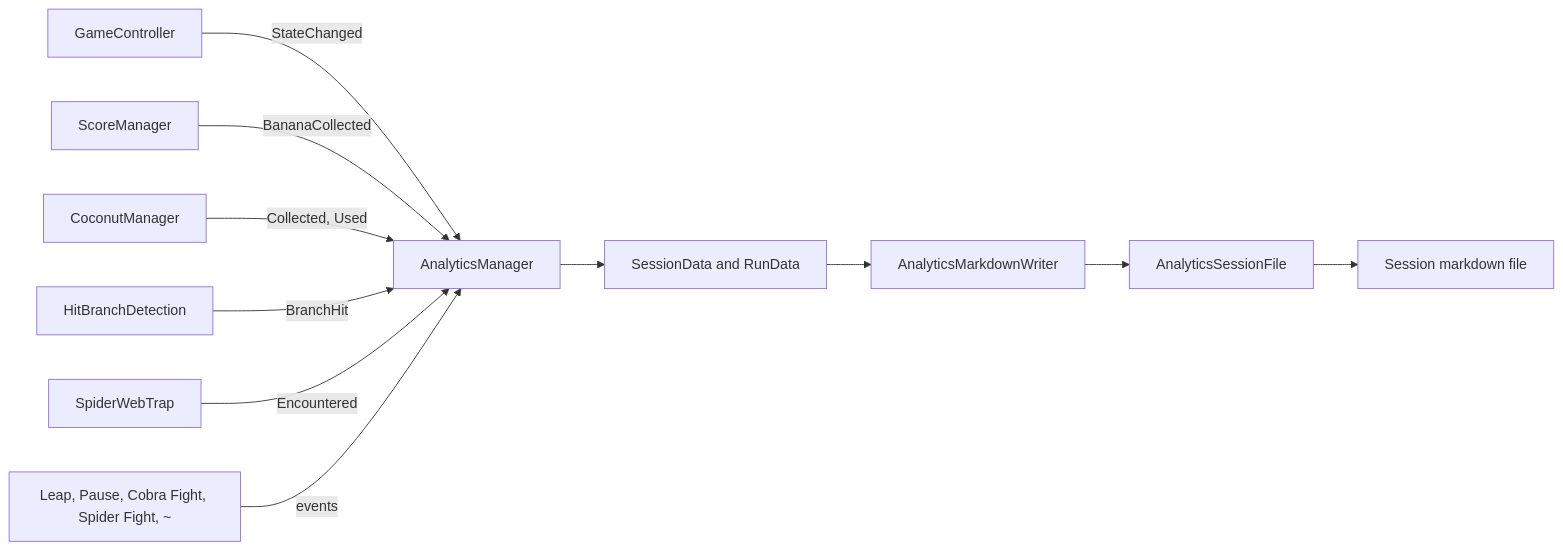
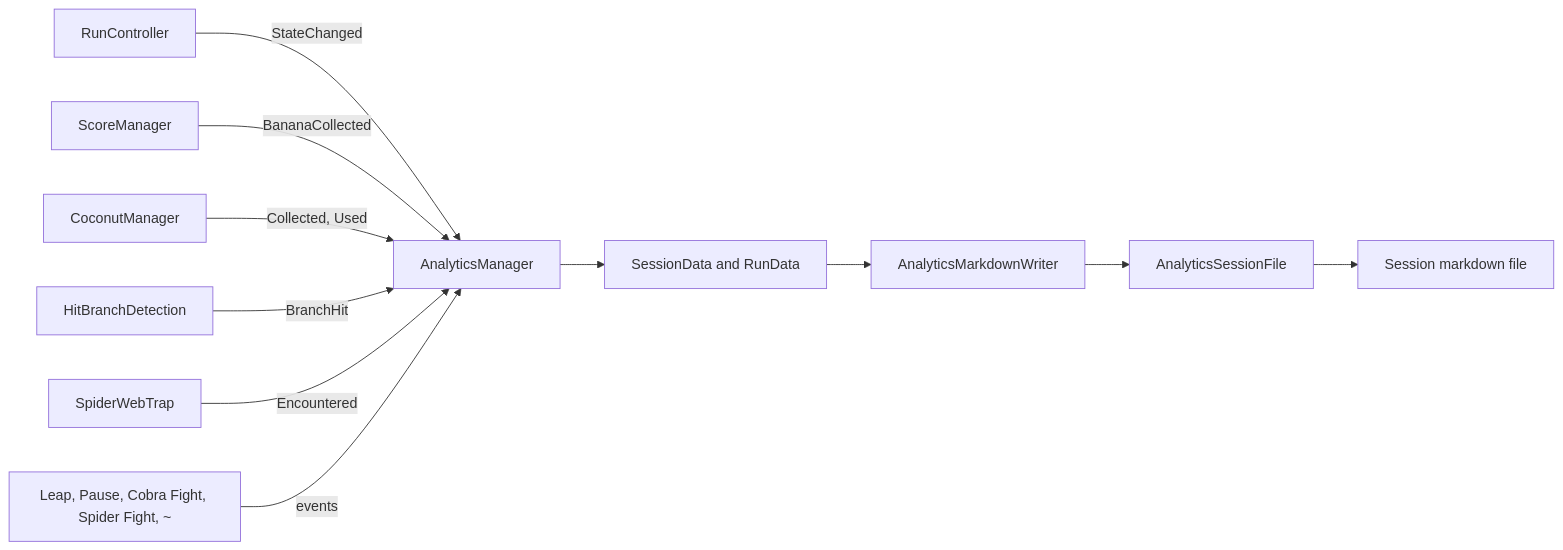
Before and after one commit to CSCI-526/Team4-Lu_Lu: the diagram in docs/analytics-doc.md, drawn with Mermaid. The commit also changed 9 other files, not shown here.

First line of the commit message:
docs name RunController for run state; add across-scene GameController

````diff
--- a/docs/analytics-doc.md
+++ b/docs/analytics-doc.md
@@ -13,13 +13,13 @@
 ```mermaid
 graph LR
-  Game[GameController] -->|StateChanged| AM[AnalyticsManager]
+  Game[RunController] -->|StateChanged| AM[AnalyticsManager]
   Score[ScoreManager] -->|BananaCollected| AM
   Coconut[CoconutManager] -->|Collected, Used| AM
   Hit[HitBranchDetection] -->|BranchHit| AM
   Web[SpiderWebTrap] -->|Encountered| AM
   More[Leap, Pause, Cobra Fight, Spider Fight, ~] -->|events| AM
   AM --> Data[SessionData and RunData]
   Data --> Writer[AnalyticsMarkdownWriter]
   Writer --> SF[AnalyticsSessionFile]
   SF --> File[Session markdown file]
 ```
````
